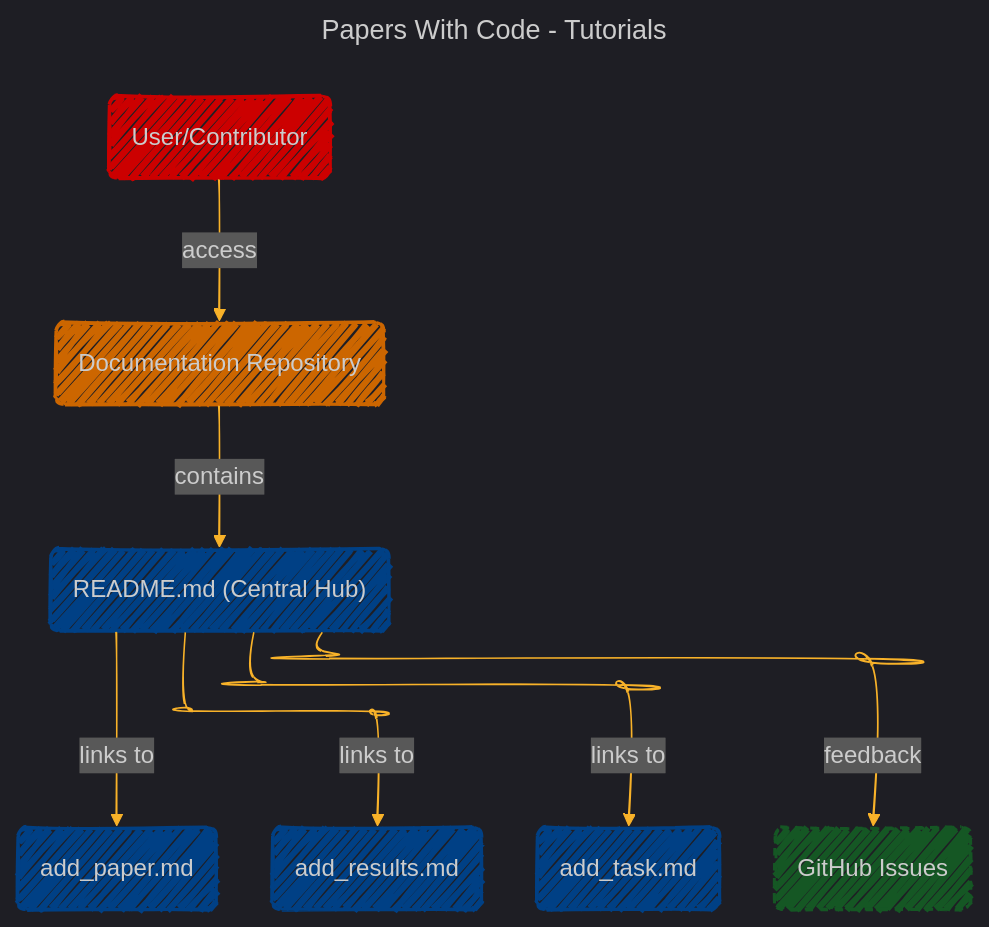
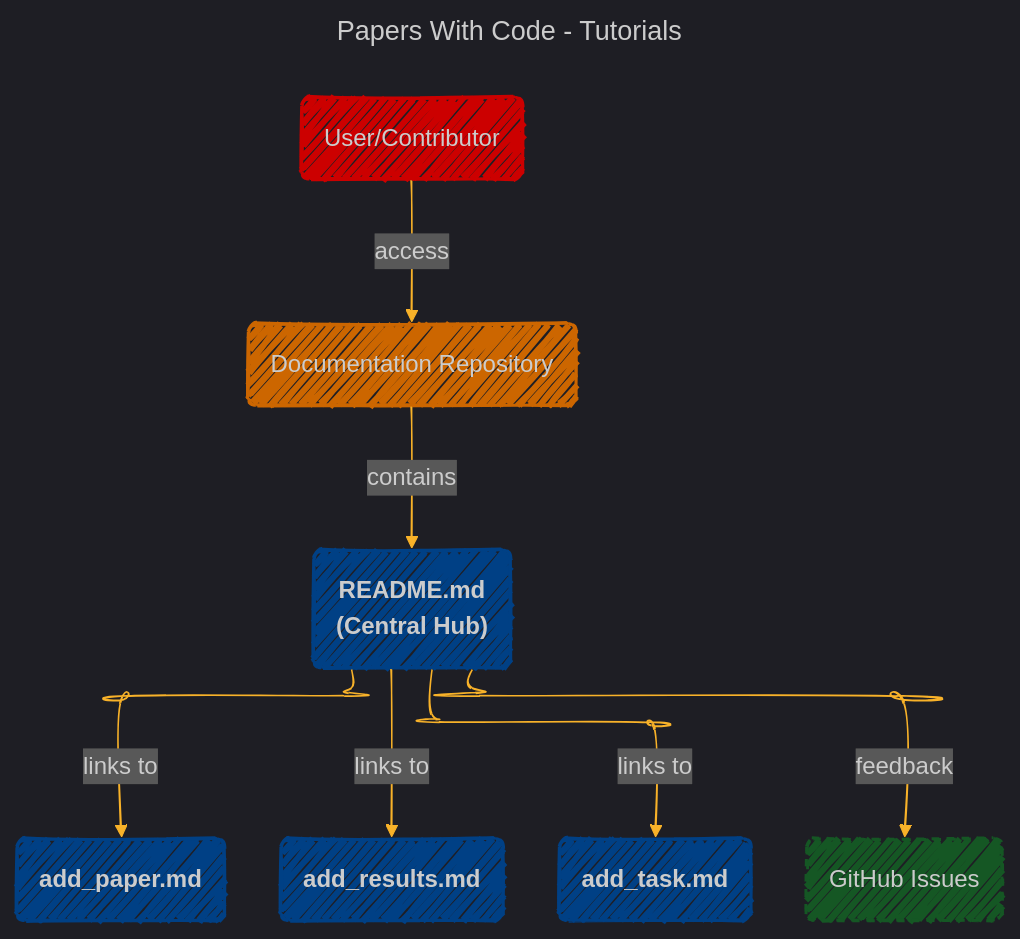
Before and after one commit to CongLeSolutionX/ArchExplorer: the diagram in PAPER_WITH_CODE/paperswithcode-tutorials/paperswithcode-tutorials.md, drawn with Mermaid.

````diff
--- a/PAPER_WITH_CODE/paperswithcode-tutorials/paperswithcode-tutorials.md
+++ b/PAPER_WITH_CODE/paperswithcode-tutorials/paperswithcode-tutorials.md
@@ -39,58 +39,58 @@
 ```mermaid
 ---
 title: "Papers With Code - Tutorials"
 author: "Cong Le"
 version: "1.0"
 license(s): "MIT, CC BY 4.0"
 copyright: "Copyright (c) 2025 Cong Le. All Rights Reserved."
 config:
   layout: elk
   look: handDrawn
   theme: dark
 ---
 %%%%%%%% Mermaid version v11.4.1-b.14
 %%%%%%%% Toggle theme value to `base` to activate the initilization below for the customized theme version.
 %%%%%%%% Available curve styles include the following keywords:
 %% basis, bumpX, bumpY, cardinal, catmullRom, linear, monotoneX, monotoneY, natural, step, stepAfter, stepBefore.
 %%{
   init: {
     "flowchart": {"htmlLabels": true, 'curve': 'natural'},
     'fontFamily': 'Fantasy',
     'themeVariables': {
       'primaryColor': '#f231',
       'primaryTextColor': '#239',
       'primaryBorderColor': '#7c2',
       'lineColor': '#F8B229',
       'secondaryColor': '#006100',
       'tertiaryColor': '#fff'
     }
   }
 }%%
 flowchart TD
     User("User/Contributor"):::contributor
     DR("Documentation Repository"):::repository
-    README("README.md (Central Hub)"):::doc
-    AP("add_paper.md"):::doc
-    AR("add_results.md"):::doc
-    AT("add_task.md"):::doc
+    README("<b>README.md<br/>(Central Hub)"):::doc
+    AP("<b>add_paper.md</b>"):::doc
+    AR("<b>add_results.md</b>"):::doc
+    AT("<b>add_task.md</b>"):::doc
     GHI("GitHub Issues"):::external
 
     User -->|"access"| DR
     DR -->|"contains"| README
     README -->|"links to"| AP
     README -->|"links to"| AR
     README -->|"links to"| AT
     README -->|"feedback"| GHI
 
     click DR "https://github.com/paperswithcode/tutorials/tree/main/project root"
     click README "https://github.com/paperswithcode/tutorials/blob/main/README.md"
     click AP "https://github.com/paperswithcode/tutorials/blob/main/add_paper.md"
     click AR "https://github.com/paperswithcode/tutorials/blob/main/add_results.md"
     click AT "https://github.com/paperswithcode/tutorials/blob/main/add_task.md"
 
     classDef contributor fill:#ffccc,stroke:#cc0000,stroke-width:2px
     classDef repository fill:#ffe6b,stroke:#cc6600,stroke-width:2px
     classDef doc fill:#cce5f,stroke:#004085,stroke-width:2px
     classDef external fill:#d4edd,stroke:#155724,stroke-width:2px,stroke-dasharray: 5,5
 
 ```
````
